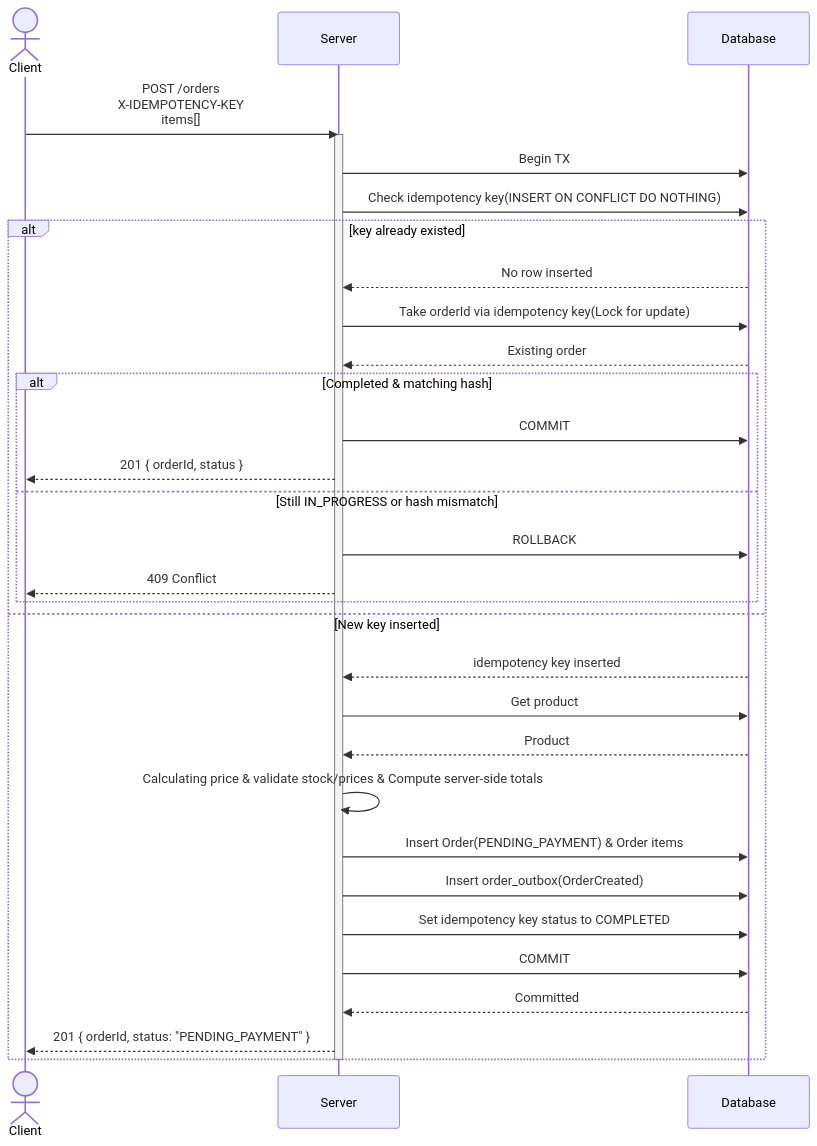
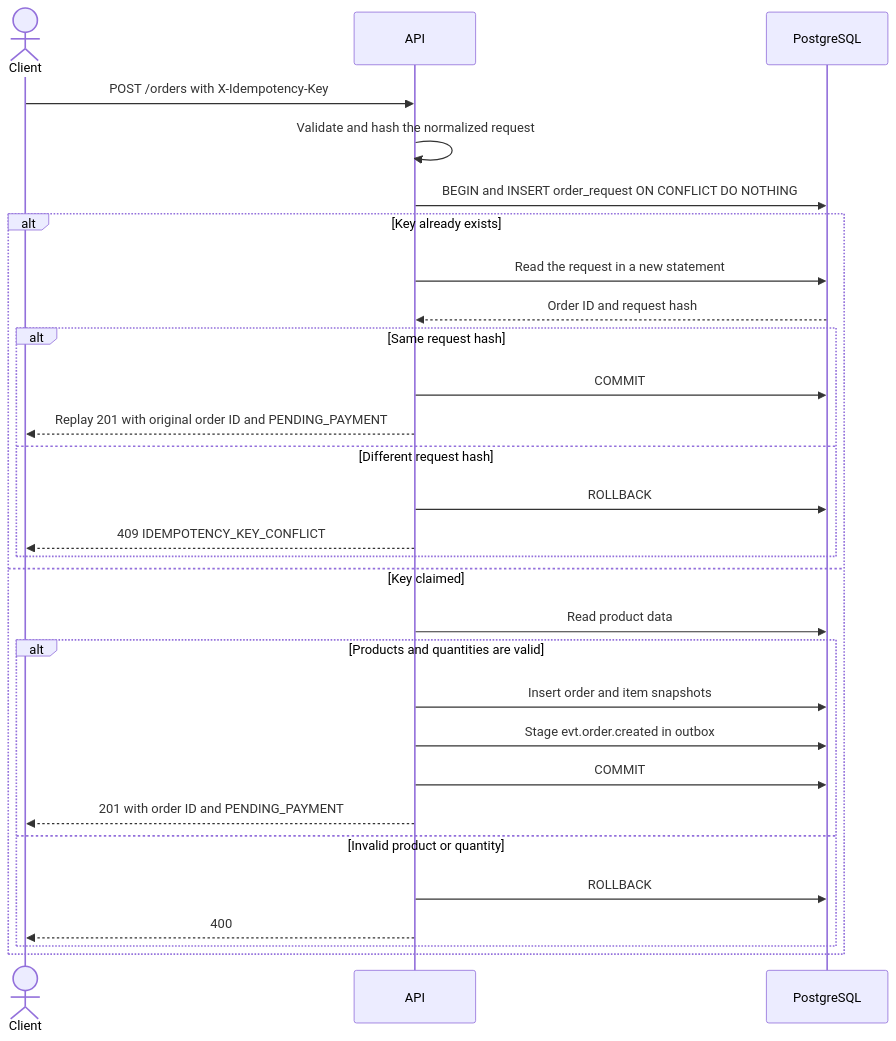
One commit to dinno7/distributed-ecommerce changed the first of 2 diagrams in docs/diagrams/create_order.md. Above: the diagram before and after it, drawn with Mermaid. The commit also changed other lines of this file, not shown here.

Commit message:
docs: update create order seq diagram

````diff
--- a/docs/diagrams/create_order.md
+++ b/docs/diagrams/create_order.md
@@ -3,37 +7,33 @@
 ```mermaid
 sequenceDiagram
-actor C as Client
-participant S as Server
-participant DB as Database
+    actor Client
+    participant API
+    participant DB as PostgreSQL
 
-C->>S: POST /orders<br/>X-IDEMPOTENCY-KEY<br/>items[]
+    Client->>API: POST /orders with X-Idempotency-Key
+    API->>API: Validate and hash the normalized request
+    API->>DB: BEGIN and INSERT order_request ON CONFLICT DO NOTHING
 
-activate S
-S->>DB: Begin TX
-S->>DB: Check idempotency key(INSERT ON CONFLICT DO NOTHING)
-
-alt key already existed
-    DB-->>S: No row inserted
-    S->>DB: Take orderId via idempotency key(Lock for update)
-    DB-->>S: Existing order
-    alt Completed & matching hash
-        S->>DB: COMMIT
-        S-->>C: 201 { orderId, status }
-    else Still IN_PROGRESS or hash mismatch
-        S->>DB: ROLLBACK
-        S-->>C: 409 Conflict
+    alt Key already exists
+        API->>DB: Read the request in a new statement
+        DB-->>API: Order ID and request hash
+        alt Same request hash
+            API->>DB: COMMIT
+            API-->>Client: Replay 201 with original order ID and PENDING_PAYMENT
+        else Different request hash
+            API->>DB: ROLLBACK
+            API-->>Client: 409 IDEMPOTENCY_KEY_CONFLICT
+        end
+    else Key claimed
+        API->>DB: Read product data
+        alt Products and quantities are valid
+            API->>DB: Insert order and item snapshots
+            API->>DB: Stage evt.order.created in outbox
+            API->>DB: COMMIT
+            API-->>Client: 201 with order ID and PENDING_PAYMENT
+        else Invalid product or quantity
+            API->>DB: ROLLBACK
+            API-->>Client: 400
+        end
     end
-else New key inserted
-    DB-->>S: idempotency key inserted
-    S->>DB: Get product
-    DB-->>S: Product
-    S->>S: Calculating price & validate stock/prices & Compute server-side totals
-    S->>DB: Insert Order(PENDING_PAYMENT) & Order items
-    S->>DB: Insert order_outbox(OrderCreated)
-    S->>DB: Set idempotency key status to COMPLETED
-    S->>DB: COMMIT
-    DB-->>S: Committed
-    S-->>C: 201 { orderId, status: "PENDING_PAYMENT" }
-end
-deactivate S
 ```
````
